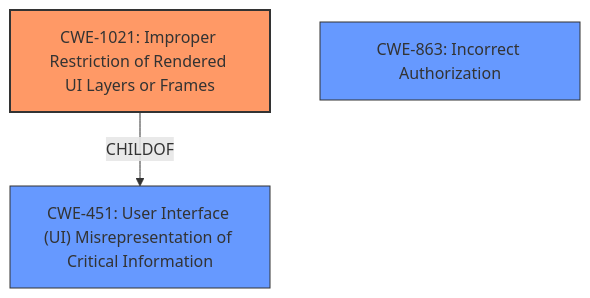
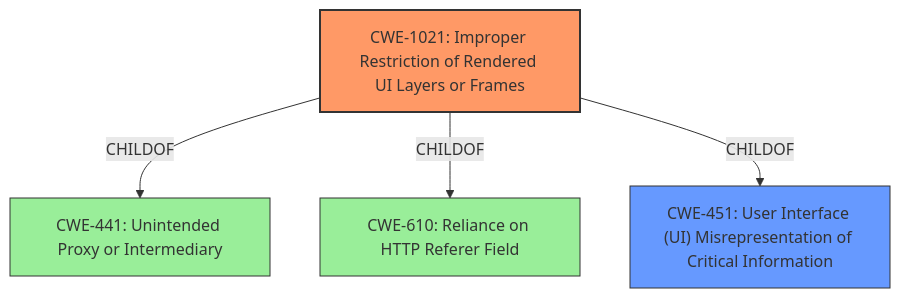
The diagram in CVE-2021-30533/CVE-2021-30533_analysis.md (CyberSecAI/cwe_agent_assign_reports_2023), drawn with Mermaid before and after one commit. The commit also changed other lines of this file and 902 other files, not shown here.

````diff
--- a/CVE-2021-30533/CVE-2021-30533_analysis.md
+++ b/CVE-2021-30533/CVE-2021-30533_analysis.md
@@ -18,14 +17,18 @@
 ```mermaid
 graph TD
     cwe1021["CWE-1021: Improper Restriction of Rendered UI Layers or Frames"]
+    cwe441["CWE-441: Unintended Proxy or Intermediary"]
+    cwe610["CWE-610: Reliance on HTTP Referer Field"]
     cwe451["CWE-451: User Interface (UI) Misrepresentation of Critical Information"]
-    cwe863["CWE-863: Incorrect Authorization"]
     
+    cwe1021 -->|CHILDOF| cwe441
+    cwe1021 -->|CHILDOF| cwe610
     cwe1021 -->|CHILDOF| cwe451
     
     classDef primary fill:#f96,stroke:#333,stroke-width:2px
     classDef secondary fill:#69f,stroke:#333
     classDef tertiary fill:#9e9,stroke:#333
     class cwe1021 primary
-    class cwe451,cwe863 secondary
+    class cwe451 secondary
+    class cwe441,cwe610 tertiary
 ```
````
